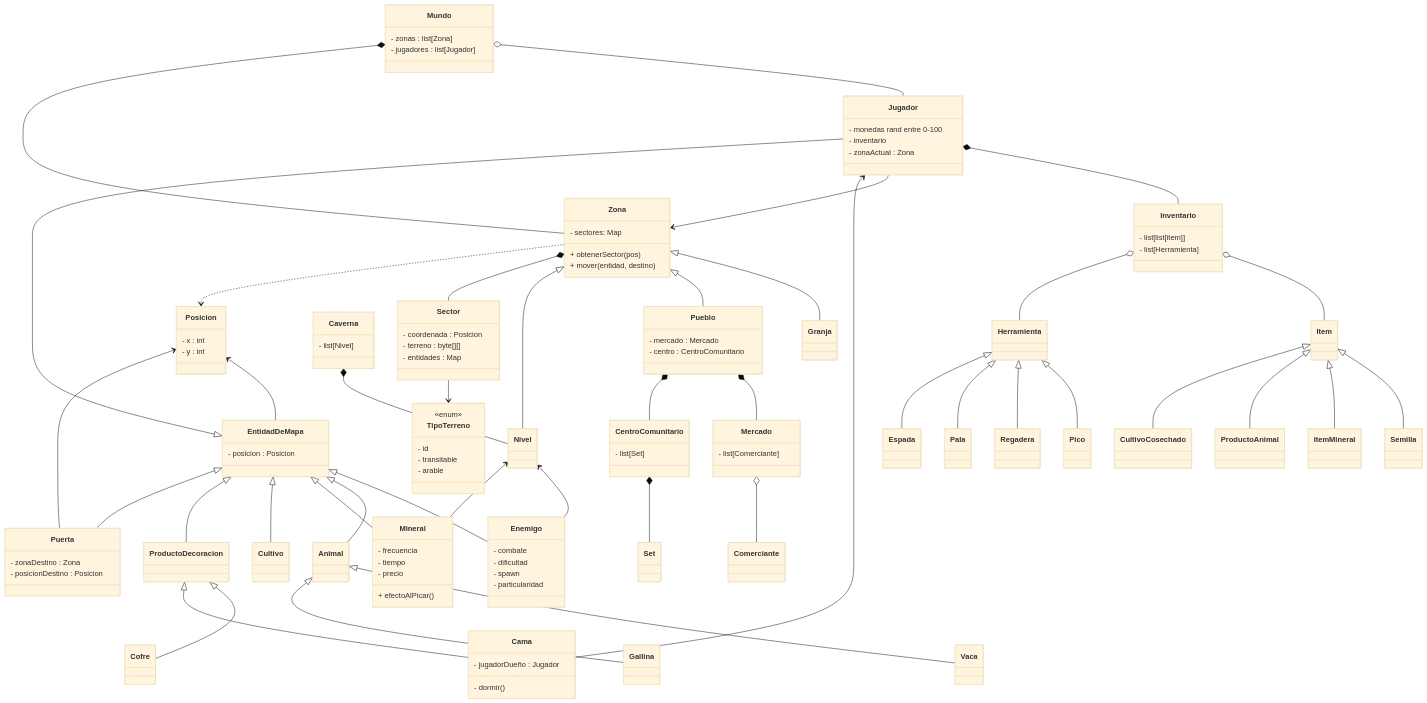
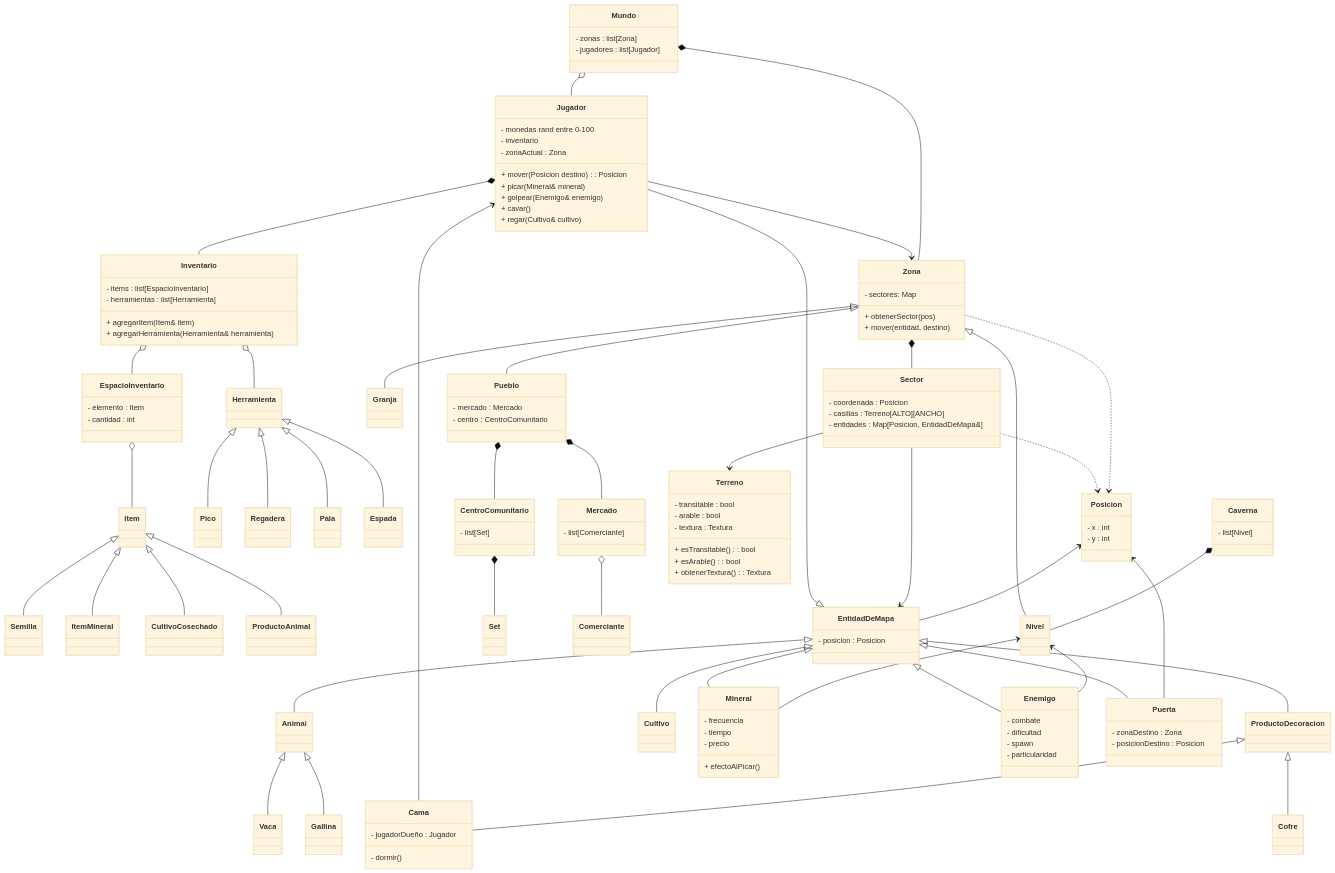
Before and after one commit to Nahuelfranco12/TP-TALLER-DE-PROGRAMACION-G9-2C26: the diagram in docs/diagrama.md, drawn with Mermaid (base theme). The commit also changed 1 other file, not shown here.

Commit message:
avances en diagrama

````diff
--- a/docs/diagrama.md
+++ b/docs/diagrama.md
@@ -6,9 +6,24 @@
     - monedas rand entre 0-100
     - inventario
     - zonaActual : Zona
+
+    + mover(Posicion destino) : Posicion
+    %% + obtenerHerramienta(enum HerramientasDisponibles herramienta) : Herramienta
+    
+    %% Estos metodos interactuan con el inventario
+    + picar(Mineral& mineral)
+    + golpear(Enemigo& enemigo)
+    + cavar()
+    + regar(Cultivo& cultivo)
 }
 
 class Herramienta {}
+class Item {}
+
+class EspacioInventario {
+    - elemento : Item
+    - cantidad : int
+}
 
 class Pico {}
 class Regadera {}
@@ -20,14 +35,9 @@
 Herramienta <|-- Pala
 Herramienta <|-- Espada
 
-class Item {}
-
 class Animal {}
-
 class Vaca {}
-
 class Gallina {}
-
 Animal <|-- Vaca
 Animal <|-- Gallina
 
@@ -46,20 +56,22 @@
 Cama --> Jugador
 
 class ItemMineral {}
-
 class Cultivo {}
 class CultivoCosechado {}
-
 class ProductoAnimal {}
 Item <|-- ItemMineral
 Item <|-- ProductoAnimal
 Item <|-- CultivoCosechado
 
 class Inventario {
-    - list[list[item]]
-    - list[Herramienta]
+    - items : list[EspacioInventario]
+    - herramientas : list[Herramienta]
+
+    + agregarItem(Item& item)
+    + agregarHerramienta(Herramienta& herramienta)
 }
-Inventario o-- Item
+Inventario o-- EspacioInventario
+EspacioInventario o-- Item
 Inventario o-- Herramienta
 Jugador *-- Inventario
 
@@ -81,7 +93,6 @@
 
 class Caverna {
     - list[Nivel]
-
 }
 
 class Nivel {}
@@ -139,27 +150,28 @@
 
 class Sector {
     - coordenada : Posicion
-    - terreno : byte[][]
-    - entidades : Map<Posicion, EntidadDeMapa>
-    %% - lock
-
-    %% + tick()
+    - casillas : Terreno[ALTO][ANCHO]
+    - entidades : Map[Posicion, EntidadDeMapa&]
 }
 Zona *-- Sector
 
-class TipoTerreno {
-    <<enum>>
-    - id
-    - transitable
-    - arable
+class Terreno {
+    - transitable : bool
+    - arable : bool
+    - textura : Textura
+
+    + esTransitable() : bool
+    + esArable() : bool
+    + obtenerTextura() : Textura
 }
-Sector --> TipoTerreno
+Sector --> Terreno
 
 class Posicion {
     - x : int
     - y : int
 }
 Zona ..> Posicion
+Sector ..> Posicion
 
 class Puerta {
     - zonaDestino : Zona
@@ -179,4 +191,6 @@
 EntidadDeMapa <|-- ProductoDecoracion
 EntidadDeMapa <|-- Puerta
 EntidadDeMapa <|-- Jugador
+
+Sector --> EntidadDeMapa
 ```
````
